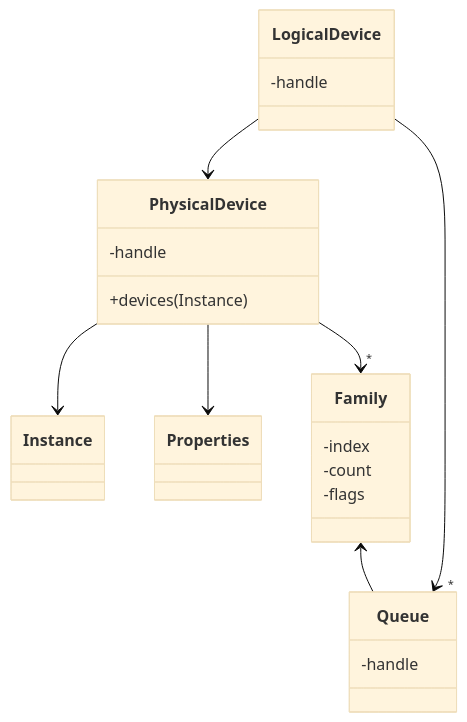
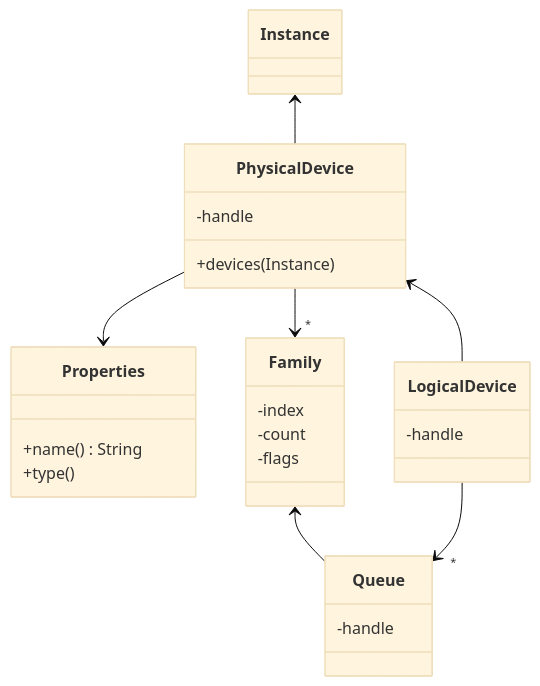
Before and after one commit to stridecolossus/JOVE: the diagram in docs/blog/part-2-triangle/devices.md, drawn with Mermaid (base theme). The commit also changed 2 other files, not shown here.

Commit message:
More diagrams

````diff
--- a/docs/blog/part-2-triangle/devices.md
+++ b/docs/blog/part-2-triangle/devices.md
@@ -930,26 +930,31 @@
 ```mermaid
 classDiagram
 
 class PhysicalDevice {
     -handle
     +devices(Instance)
 }
-PhysicalDevice --> Instance
+Instance <-- PhysicalDevice
+
+class Properties {
+    +name() String
+    +type()
+}
 PhysicalDevice --> Properties
 
 class Family {
     -index
     -count
     -flags
 }
 PhysicalDevice --> "*" Family
 
 Family <-- Queue
 Queue : -handle
 
 class LogicalDevice {
     -handle
 }
-LogicalDevice --> PhysicalDevice
+PhysicalDevice <-- LogicalDevice
 LogicalDevice --> "*" Queue
 ```
````
